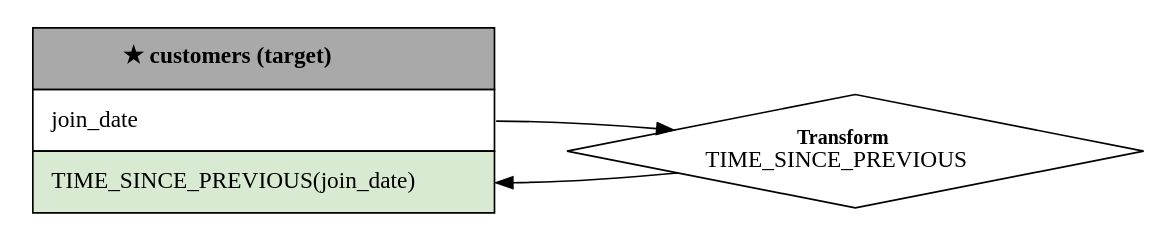
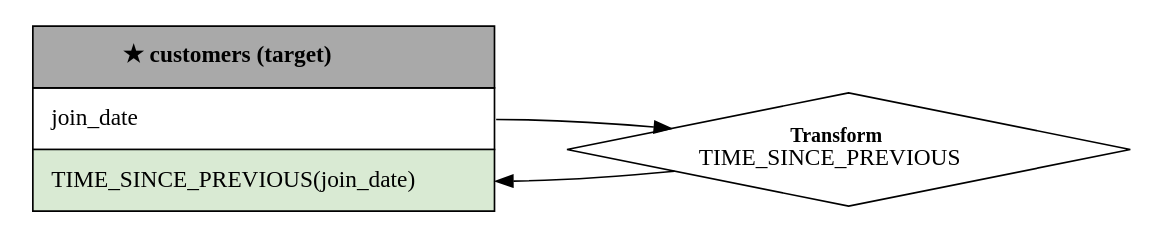
One commit to alteryx/featuretools changed the diagram in docs/source/getting_started/graphs/trans_feat.dot. Above: the diagram before and after it, drawn with Graphviz. The commit also changed 3 other files, not shown here.

```diff
--- a/docs/source/getting_started/graphs/trans_feat.dot
+++ b/docs/source/getting_started/graphs/trans_feat.dot
@@ -1,37 +1,37 @@
 digraph "TIME_SINCE_PREVIOUS(join_date)" {
-	graph [bb="0,0,638.23,121",
+	graph [bb="0,0,624,119",
 		rankdir=LR
 	];
 	node [label="\N",
 		shape=box
 	];
 	edge [arrowhead=none,
 		dir=forward,
 		style=dotted
 	];
-	customers	[height=1.6806,
+	customers	[height=1.6528,
 		label=<
 <TABLE BORDER="0" CELLBORDER="1" CELLSPACING="0" CELLPADDING="10">
     <TR>
         <TD colspan="1" bgcolor="#A9A9A9"><B>★ customers (target)</B></TD>
     </TR><TR><TD ALIGN="LEFT" port="join_date">join_date</TD></TR>
 
     <TR>
         <TD ALIGN="LEFT" port="TIME_SINCE_PREVIOUS(join_date)" BGCOLOR="#D9EAD3">TIME_SINCE_PREVIOUS(join_date)</TD>
     </TR>
 </TABLE>>,
-		pos="128,60.5",
+		pos="125,59.5",
 		shape=plaintext,
-		width=3.5556];
+		width=3.4722];
 	"0_TIME_SINCE_PREVIOUS(join_date)_time_since_previous"	[height=0.94444,
 		label=<<FONT POINT-SIZE="12"><B>Transform</B><BR></BR></FONT>TIME_SINCE_PREVIOUS>,
-		pos="465.12,39.5",
+		pos="455,40.5",
 		shape=diamond,
-		width=4.8088];
+		width=4.6944];
 	customers:join_date -> "0_TIME_SINCE_PREVIOUS(join_date)_time_since_previous"	[arrowhead="",
-		pos="e,355.93,52.099 249,57.5 280.45,57.5 314.4,55.566 345.82,52.965",
+		pos="e,348.16,53.075 243,58.5 273.8,58.5 307.04,56.572 337.82,53.978",
 		style=solid];
 	"0_TIME_SINCE_PREVIOUS(join_date)_time_since_previous" -> customers:"TIME_SINCE_PREVIOUS(join_date)"	[arrowhead="",
-		pos="e,249,21.5 355.93,26.901 325.11,24.171 291.22,21.97 259.29,21.566",
+		pos="e,243,21.5 350.6,27.46 319.75,24.468 285.56,22.023 253.37,21.574",
 		style=solid];
 }
```
